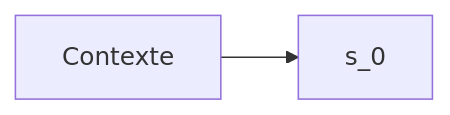
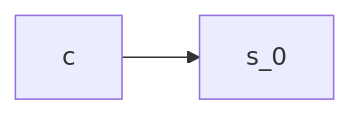
The sixth of 17 diagrams in 001.Attention.md (rioultf/llmapp), drawn with Mermaid before and after one commit. The commit also changed other lines of this file, not shown here.

Commit message:
docs: clarifie les formules en ASCII et ajoute les Mermaid

````diff
--- a/001.Attention.md
+++ b/001.Attention.md
@@ -80,4 +106,4 @@
 ```mermaid
 flowchart LR
-    c[Contexte] --> s0[s_0]
+    c[c] --> s0[s_0]
 ```
````
